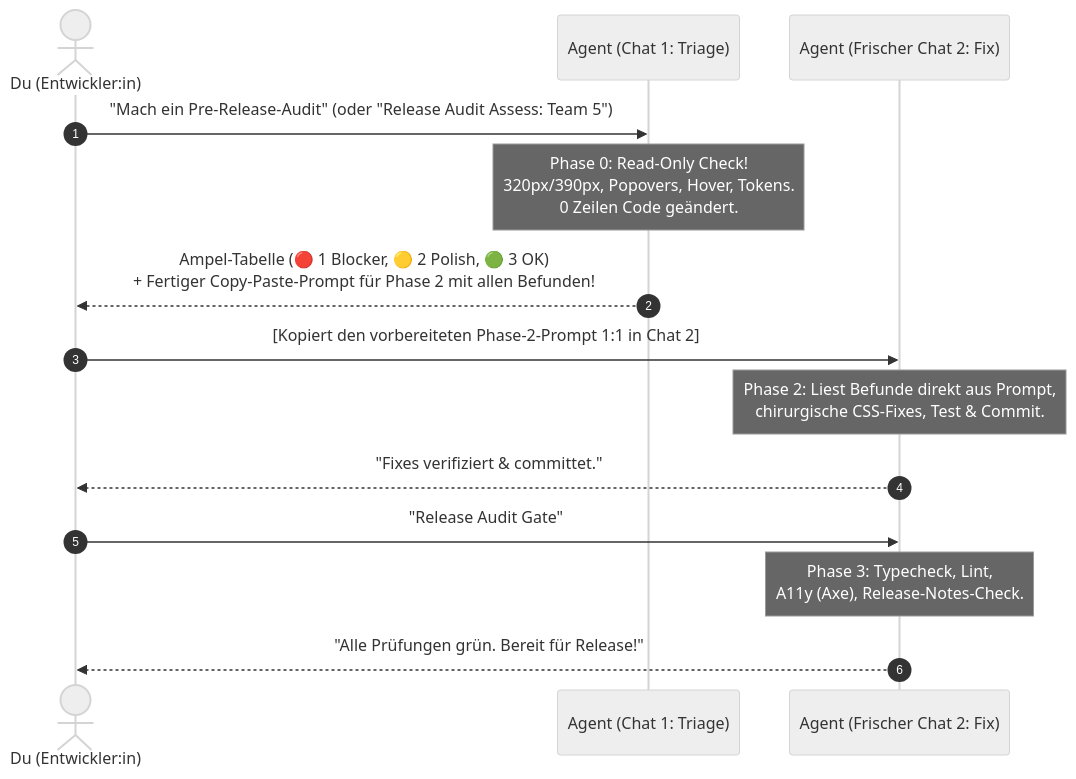
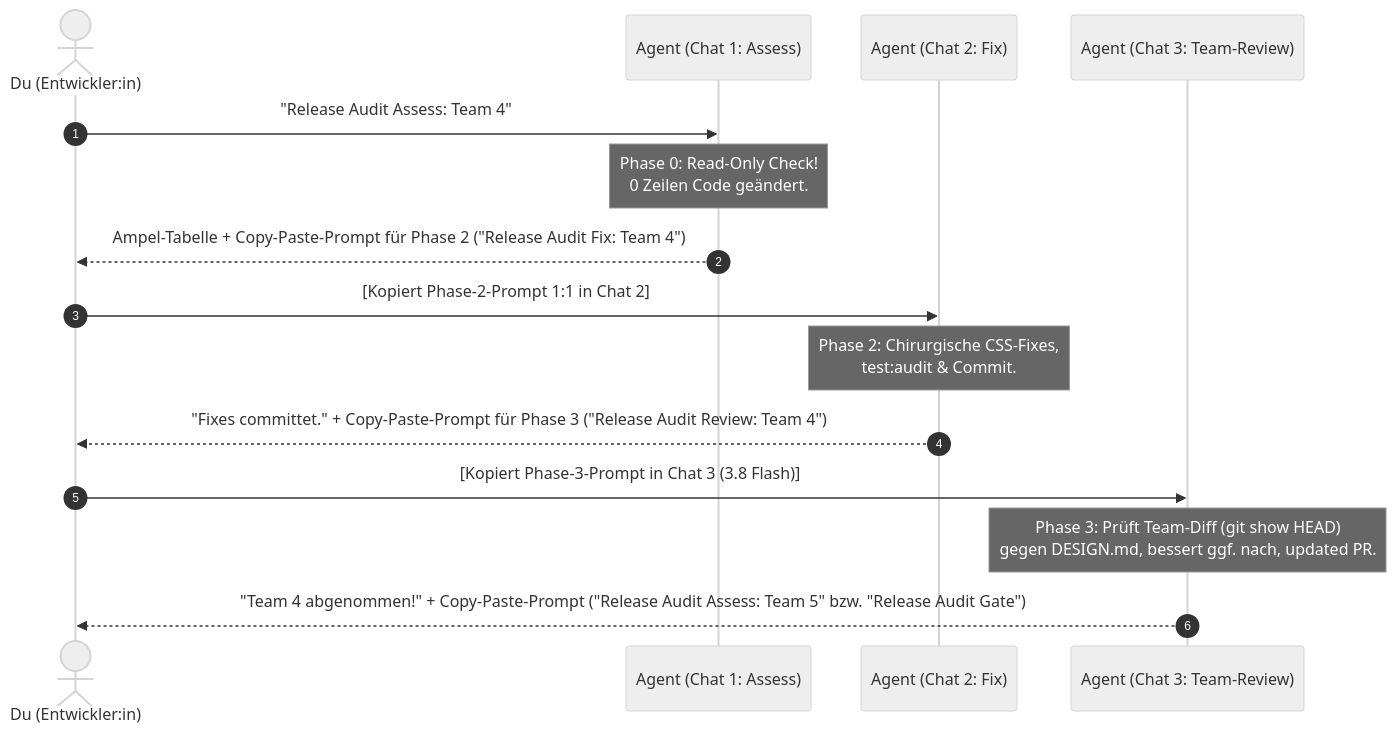
One commit to dmstern/reisotor changed the second of 2 diagrams in docs/UI_AUDIT_GUIDE.md. Above: the diagram before and after it, drawn with Mermaid (neutral theme). The commit also changed other lines of this file and 2 other files, not shown here.

Commit message:
docs(audit): define per-team Phase 3 review (Release Audit Review) before final Phase 4 gate

````diff
--- a/docs/UI_AUDIT_GUIDE.md
+++ b/docs/UI_AUDIT_GUIDE.md
@@ -155,19 +157,20 @@
 ```mermaid
 sequenceDiagram
     autonumber
     actor Du as Du (Entwickler:in)
-    participant A as Agent (Chat 1: Triage)
-    participant B as Agent (Frischer Chat 2: Fix)
+    participant A as Agent (Chat 1: Assess)
+    participant B as Agent (Chat 2: Fix)
+    participant C as Agent (Chat 3: Team-Review)
 
-    Du->>A: "Mach ein Pre-Release-Audit" (oder "Release Audit Assess: Team 5")
-    Note over A: Phase 0: Read-Only Check!<br/>320px/390px, Popovers, Hover, Tokens.<br/>0 Zeilen Code geändert.
-    A-->>Du: Ampel-Tabelle (🔴 1 Blocker, 🟡 2 Polish, 🟢 3 OK)<br/>+ Fertiger Copy-Paste-Prompt für Phase 2 mit allen Befunden!
+    Du->>A: "Release Audit Assess: Team 4"
+    Note over A: Phase 0: Read-Only Check!<br/>0 Zeilen Code geändert.
+    A-->>Du: Ampel-Tabelle + Copy-Paste-Prompt für Phase 2 ("Release Audit Fix: Team 4")
 
-    Du->>B: [Kopiert den vorbereiteten Phase-2-Prompt 1:1 in Chat 2]
-    Note over B: Phase 2: Liest Befunde direkt aus Prompt,<br/>chirurgische CSS-Fixes, Test & Commit.
-    B-->>Du: "Fixes verifiziert & committet."
+    Du->>B: [Kopiert Phase-2-Prompt 1:1 in Chat 2]
+    Note over B: Phase 2: Chirurgische CSS-Fixes,<br/>test:audit & Commit.
+    B-->>Du: "Fixes committet." + Copy-Paste-Prompt für Phase 3 ("Release Audit Review: Team 4")
 
-    Du->>B: "Release Audit Gate"
-    Note over B: Phase 3: Typecheck, Lint,<br/>A11y (Axe), Release-Notes-Check.
-    B-->>Du: "Alle Prüfungen grün. Bereit für Release!"
+    Du->>C: [Kopiert Phase-3-Prompt in Chat 3 (3.8 Flash)]
+    Note over C: Phase 3: Prüft Team-Diff (git show HEAD)<br/>gegen DESIGN.md, bessert ggf. nach, updated PR.
+    C-->>Du: "Team 4 abgenommen!" + Copy-Paste-Prompt ("Release Audit Assess: Team 5" bzw. "Release Audit Gate")
 ```
````
